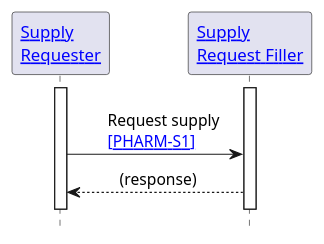
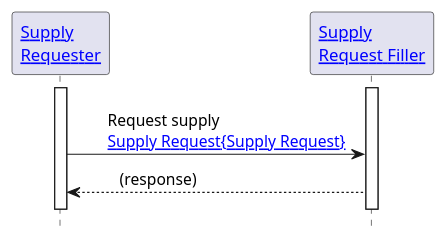
One commit to IHE/pharm-supply changed the diagram in input/images-source/pharm-s1.plantuml. Above: the diagram before and after it, drawn with PlantUML. The commit also changed 10 other files, not shown here.

```diff
--- a/input/images-source/pharm-s1.plantuml
+++ b/input/images-source/pharm-s1.plantuml
@@ -1,22 +1,22 @@
 @startuml
 
 hide footbox
 
 '!include ./style.iuml
 
 
 Participant "[[actors_and_transactions.html#supply-requester Supply\nRequester]]" as SR
 Participant "[[actors_and_transactions.html#supply-request-filler Supply\nRequest Filler]]" as RF
 
 activate SR
 activate RF
 
 SR -[hidden]> RF
-SR -> RF: \tRequest supply \n\t[[PHARM-S1.html{Supply Request} ~[PHARM-S1~]]]
+SR -> RF: \tRequest supply \n\t[[StructureDefinition-ihe-supply-request.html Supply Request{Supply Request}]]
 SR <-- RF: \t(response)\t
 SR -[hidden]> RF
 
 deactivate SR
 deactivate RF
 
 @enduml
```
